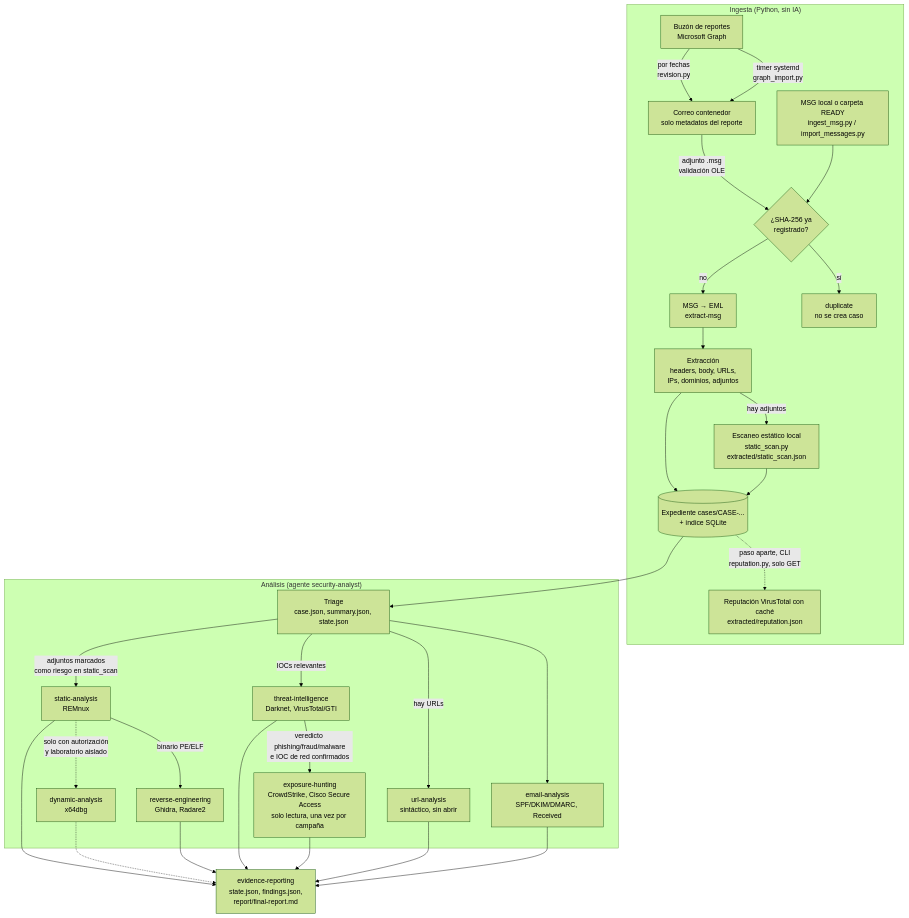
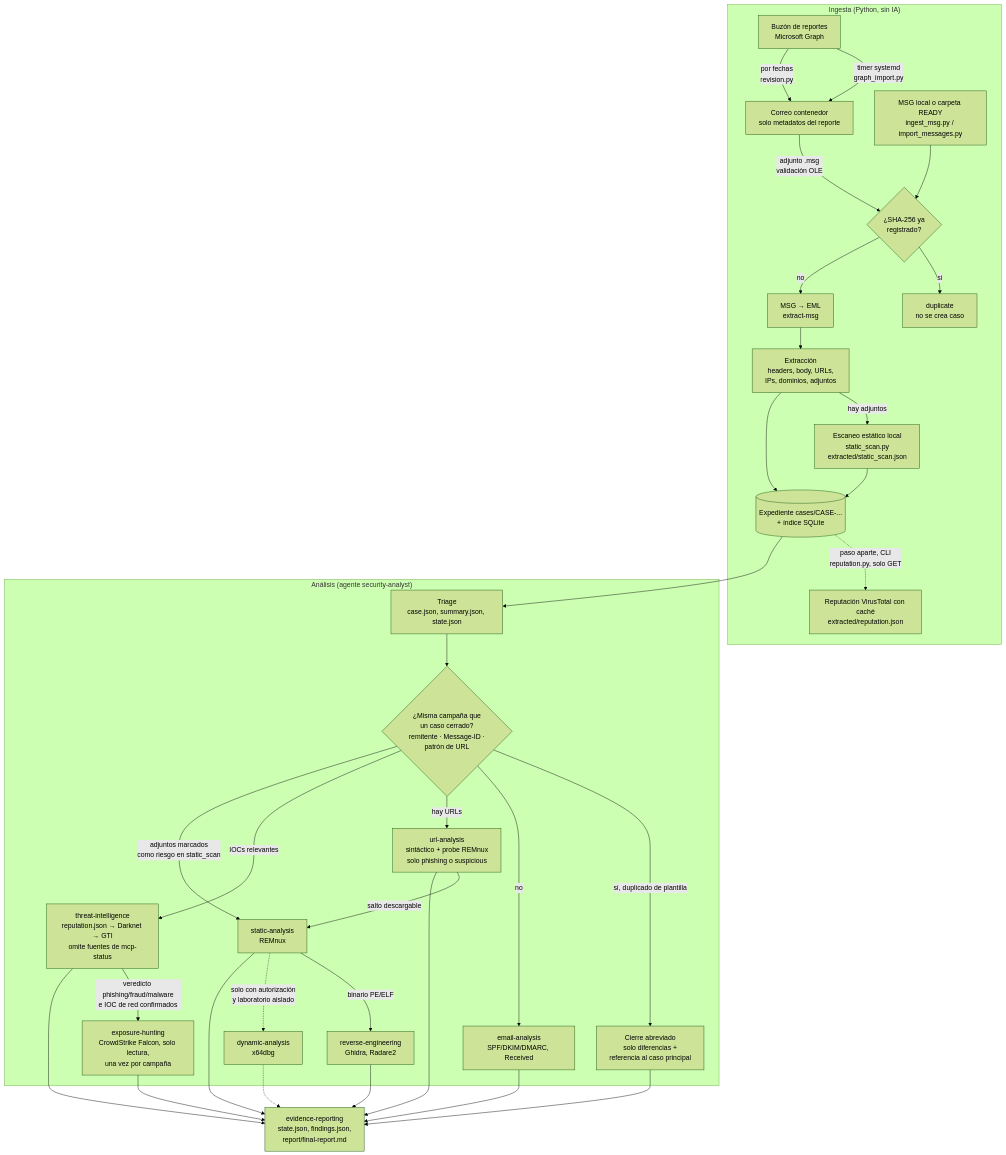
Before and after one commit to aemunozr/superphishing: the second of 2 diagrams in README.md, drawn with Mermaid (forest theme). The commit also changed other lines of this file and 15 other files, not shown here.

````diff
--- a/README.md
+++ b/README.md
@@ -75,36 +83,40 @@
 ```mermaid
 flowchart TD
     subgraph Ingesta["Ingesta (Python, sin IA)"]
         A[Buzón de reportes<br/>Microsoft Graph] -->|timer systemd<br/>graph_import.py| C
         A -->|por fechas<br/>revision.py| C
         B[MSG local o carpeta READY<br/>ingest_msg.py / import_messages.py] --> D
         C[Correo contenedor<br/>solo metadatos del reporte] -->|adjunto .msg<br/>validación OLE| D
         D{¿SHA-256 ya<br/>registrado?} -->|sí| X[duplicate<br/>no se crea caso]
         D -->|no| E[MSG → EML<br/>extract-msg]
         E --> F[Extracción<br/>headers, body, URLs,<br/>IPs, dominios, adjuntos]
         F -->|hay adjuntos| SS[Escaneo estático local<br/>static_scan.py<br/>extracted/static_scan.json]
         F --> G[(Expediente cases/CASE-...<br/>+ índice SQLite)]
         SS --> G
         G -.->|paso aparte, CLI<br/>reputation.py, solo GET| RP[Reputación VirusTotal con caché<br/>extracted/reputation.json]
     end
 
     subgraph Analisis["Análisis (agente security-analyst)"]
         G --> H[Triage<br/>case.json, summary.json, state.json]
-        H --> I[email-analysis<br/>SPF/DKIM/DMARC, Received]
-        H -->|hay URLs| J[url-analysis<br/>sintáctico, sin abrir]
-        H -->|IOCs relevantes| K[threat-intelligence<br/>Darknet, VirusTotal/GTI]
-        H -->|adjuntos marcados<br/>como riesgo en static_scan| L[static-analysis<br/>REMnux]
-        K -->|veredicto phishing/fraud/malware<br/>e IOC de red confirmados| O[exposure-hunting<br/>CrowdStrike, Cisco Secure Access<br/>solo lectura, una vez por campaña]
+        H --> CP{"¿Misma campaña que<br/>un caso cerrado?<br/>remitente · Message-ID ·<br/>patrón de URL"}
+        CP -->|sí, duplicado de plantilla| AB["Cierre abreviado<br/>solo diferencias +<br/>referencia al caso principal"]
+        CP -->|no| I[email-analysis<br/>SPF/DKIM/DMARC, Received]
+        CP -->|hay URLs| J["url-analysis<br/>sintáctico + probe REMnux<br/>solo phishing o suspicious"]
+        CP -->|IOCs relevantes| K["threat-intelligence<br/>reputation.json → Darknet → GTI<br/>omite fuentes de mcp-status"]
+        CP -->|adjuntos marcados<br/>como riesgo en static_scan| L[static-analysis<br/>REMnux]
+        J -->|salto descargable| L
+        K -->|veredicto phishing/fraud/malware<br/>e IOC de red confirmados| O[exposure-hunting<br/>CrowdStrike Falcon, solo lectura,<br/>una vez por campaña]
         L -->|binario PE/ELF| M[reverse-engineering<br/>Ghidra, Radare2]
         L -.->|solo con autorización<br/>y laboratorio aislado| N[dynamic-analysis<br/>x64dbg]
     end
 
     I --> R
     J --> R
     K --> R
     L --> R
     M --> R
     N -.-> R
     O --> R
+    AB --> R
     R[evidence-reporting<br/>state.json, findings.json,<br/>report/final-report.md]
 ```
````
